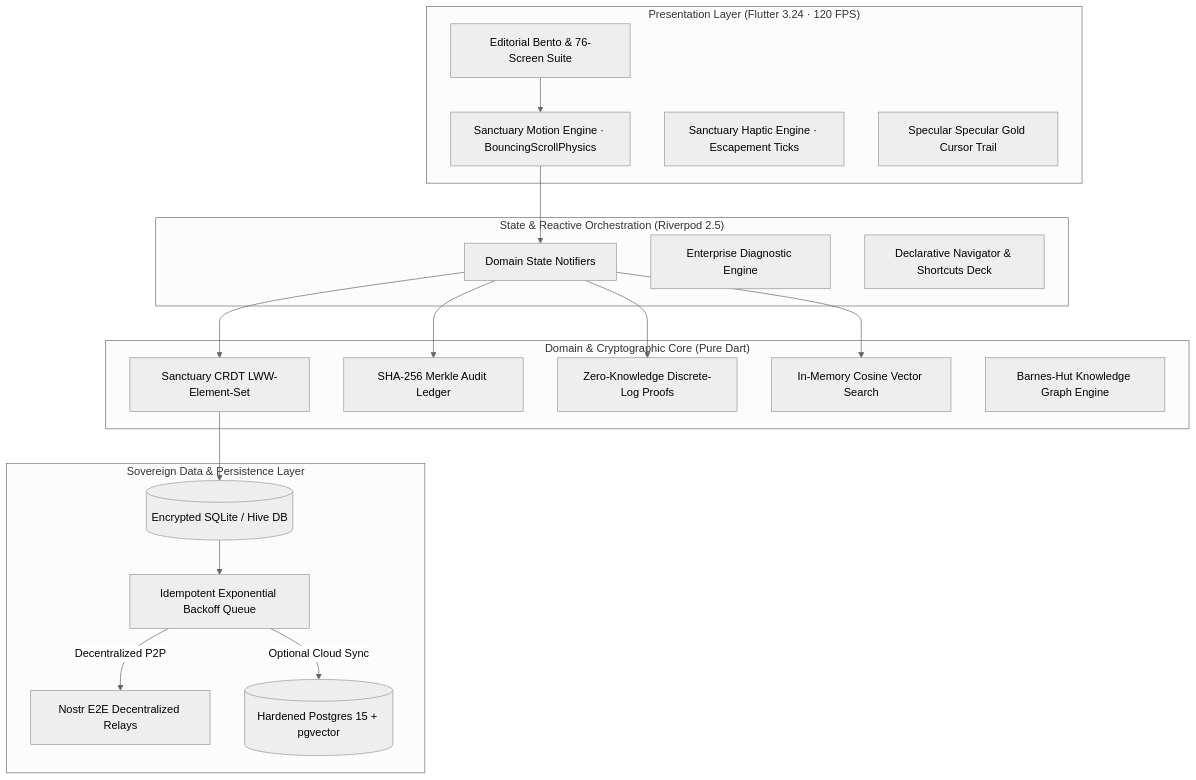
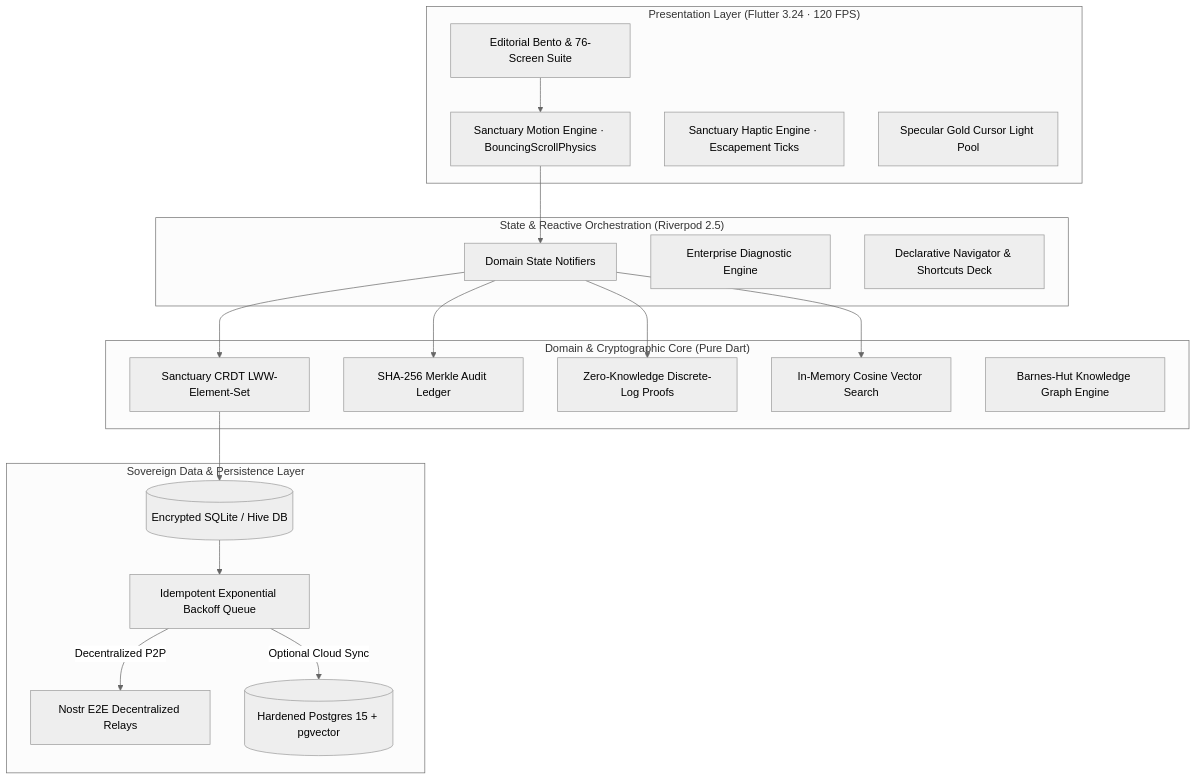
Before and after one commit to Allen73737/NOTtEodo: the diagram in README.md, drawn with Mermaid (neutral theme). The commit also changed other lines of this file and 7 other files, not shown here.

````diff
--- a/README.md
+++ b/README.md
@@ -229,41 +407,41 @@
 ```mermaid
 flowchart TB
     subgraph PRESENTATION["Presentation Layer (Flutter 3.24 · 120 FPS)"]
         UI[Editorial Bento & 76-Screen Suite]
         MOTION[Sanctuary Motion Engine · BouncingScrollPhysics]
         HAPTIC[Sanctuary Haptic Engine · Escapement Ticks]
-        CURSOR[Specular Specular Gold Cursor Trail]
+        CURSOR[Specular Gold Cursor Light Pool]
     end
 
     subgraph STATE["State & Reactive Orchestration (Riverpod 2.5)"]
         NOTIFIERS[Domain State Notifiers]
         DIAGNOSTICS[Enterprise Diagnostic Engine]
         ROUTER[Declarative Navigator & Shortcuts Deck]
     end
 
     subgraph DOMAIN["Domain & Cryptographic Core (Pure Dart)"]
         CRDT[Sanctuary CRDT LWW-Element-Set]
         MERKLE[SHA-256 Merkle Audit Ledger]
         ZKP[Zero-Knowledge Discrete-Log Proofs]
         VECTOR[In-Memory Cosine Vector Search]
         GRAPH[Barnes-Hut Knowledge Graph Engine]
     end
 
     subgraph DATA["Sovereign Data & Persistence Layer"]
         LOCAL_SQL[(Encrypted SQLite / Hive DB)]
         SYNC_QUEUE[Idempotent Exponential Backoff Queue]
         NOSTR[Nostr E2E Decentralized Relays]
         SUPABASE[(Hardened Postgres 15 + pgvector)]
     end
 
     UI --> MOTION
     MOTION --> NOTIFIERS
     NOTIFIERS --> CRDT
     NOTIFIERS --> MERKLE
     NOTIFIERS --> ZKP
     NOTIFIERS --> VECTOR
     CRDT --> LOCAL_SQL
     LOCAL_SQL --> SYNC_QUEUE
     SYNC_QUEUE -->|Optional Cloud Sync| SUPABASE
     SYNC_QUEUE -->|Decentralized P2P| NOSTR
 ```
````
